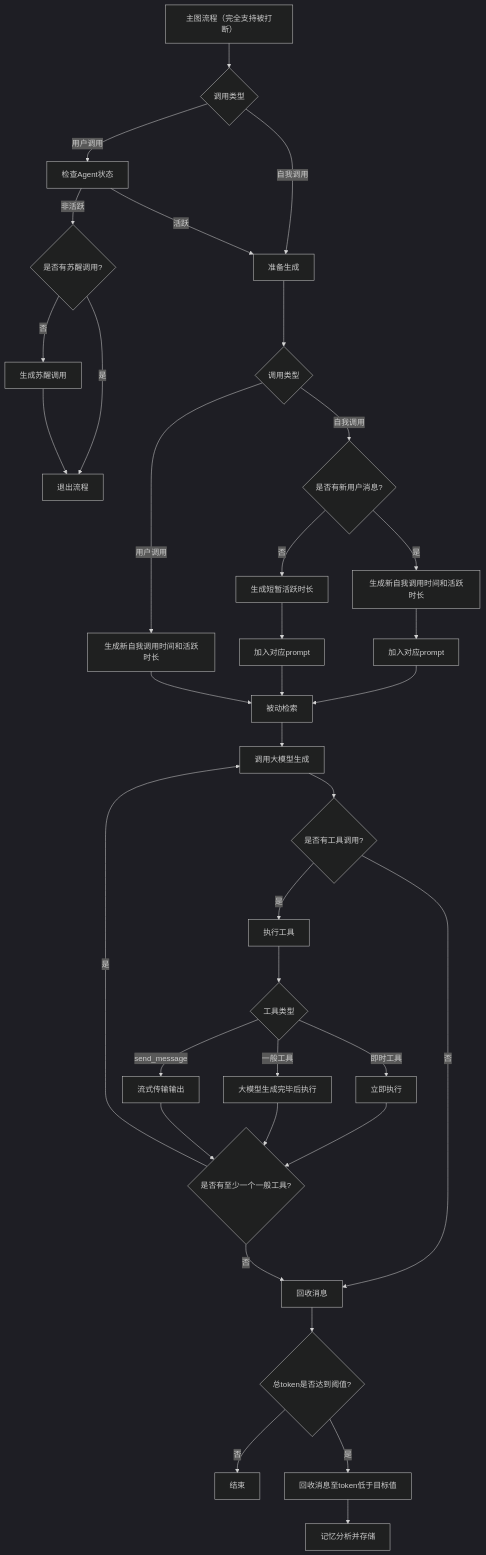
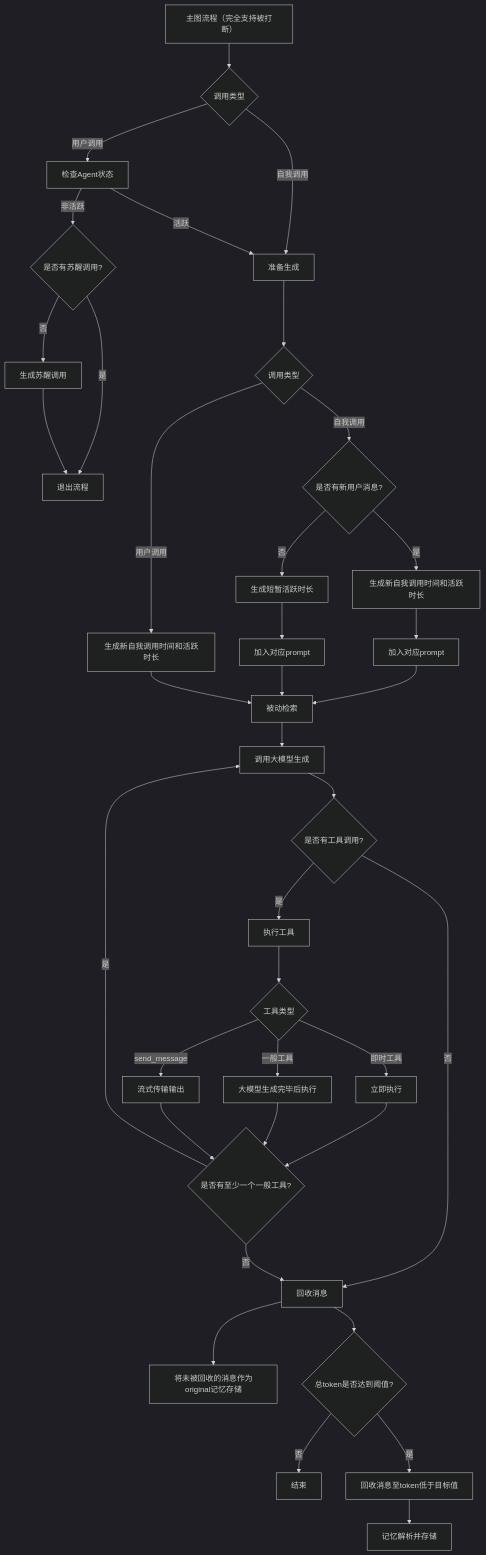
The first of 5 diagrams in README.md (Bartzh/become-human), drawn with Mermaid (dark theme) before and after one commit. The commit also changed other lines of this file, not shown here.

````diff
--- a/README.md
+++ b/README.md
@@ -14,42 +14,43 @@
 ```mermaid
 flowchart TD
     A[主图流程（完全支持被打断）] --> B{调用类型}
     B -->|用户调用| C[检查Agent状态]
     B -->|自我调用| D[准备生成]
 
     C -->|活跃| D
     C -->|非活跃| E{是否有苏醒调用?}
     E -->|是| G[退出流程]
     E -->|否| F[生成苏醒调用] --> G
 
     D --> H{调用类型}
     H -->|用户调用| I[生成新自我调用时间和活跃时长]
     H -->|自我调用| J{是否有新用户消息?}
     J -->|是| K[生成新自我调用时间和活跃时长] --> L[加入对应prompt]
     J -->|否| M[生成短暂活跃时长] --> N[加入对应prompt]
 
     L --> O[被动检索]
     N --> O
     I --> O
 
     O --> Q[调用大模型生成]
     Q --> R{是否有工具调用?}
     R -->|否| S[回收消息]
     R -->|是| T[执行工具]
 
     T --> U{工具类型}
     U -->|一般工具| P[大模型生成完毕后执行]
     U -->|即时工具| V[立即执行]
     U -->|send_message| W[流式传输输出]
 
     V --> X{是否有至少一个一般工具?}
     P --> X
     W --> X
     X -->|是| Q
     X -->|否| S
 
+	S --> Z1[将未被回收的消息作为original记忆存储]
     S --> Z{总token是否达到阈值?}
     Z -->|否| A1[结束]
     Z -->|是| B1[回收消息至token低于目标值]
-    B1 --> C1[记忆分析并存储]
+    B1 --> C1[记忆解析并存储]
 ```
````
